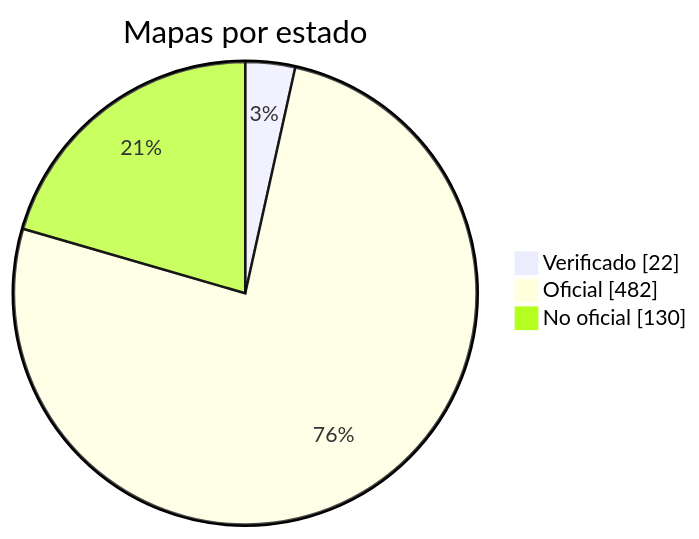
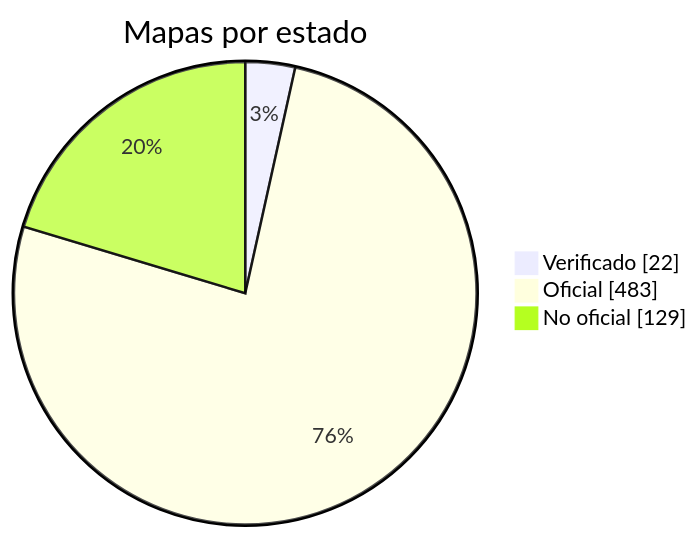
The diagram in docs/readme/README_ES.md (nobrega8/mbmap-library), drawn with Mermaid before and after one commit. The commit also changed 6 other files, not shown here.

````diff
--- a/docs/readme/README_ES.md
+++ b/docs/readme/README_ES.md
@@ -54,7 +54,7 @@
 ```mermaid
 pie showData
     title Mapas por estado
     "Verificado" : 22
-    "Oficial" : 482
-    "No oficial" : 130
+    "Oficial" : 483
+    "No oficial" : 129
 ```
````
